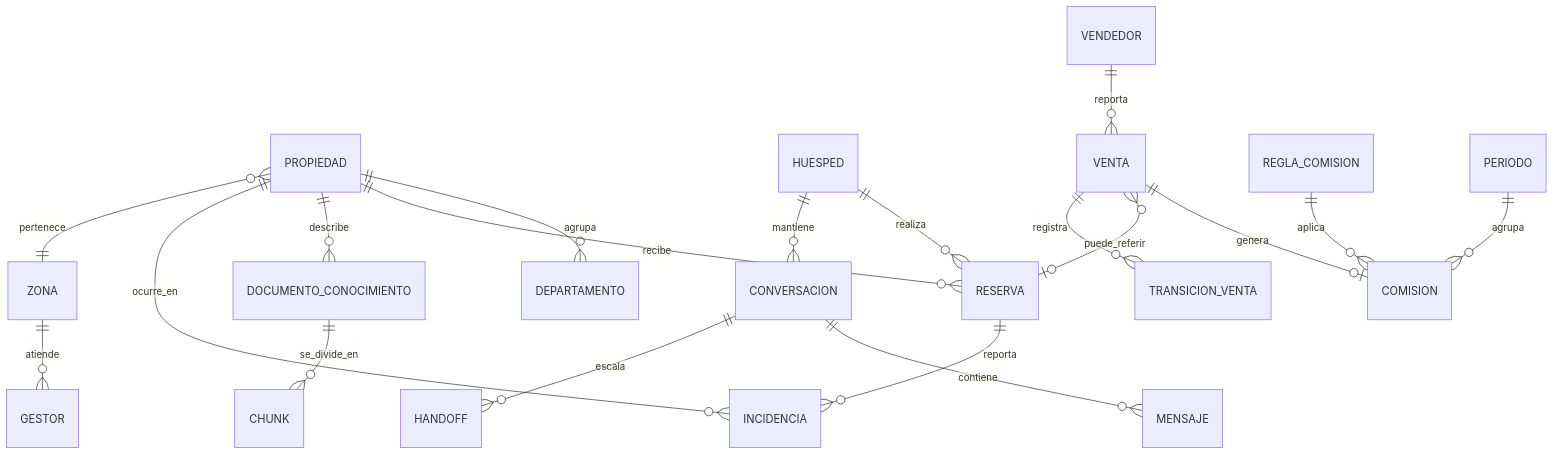
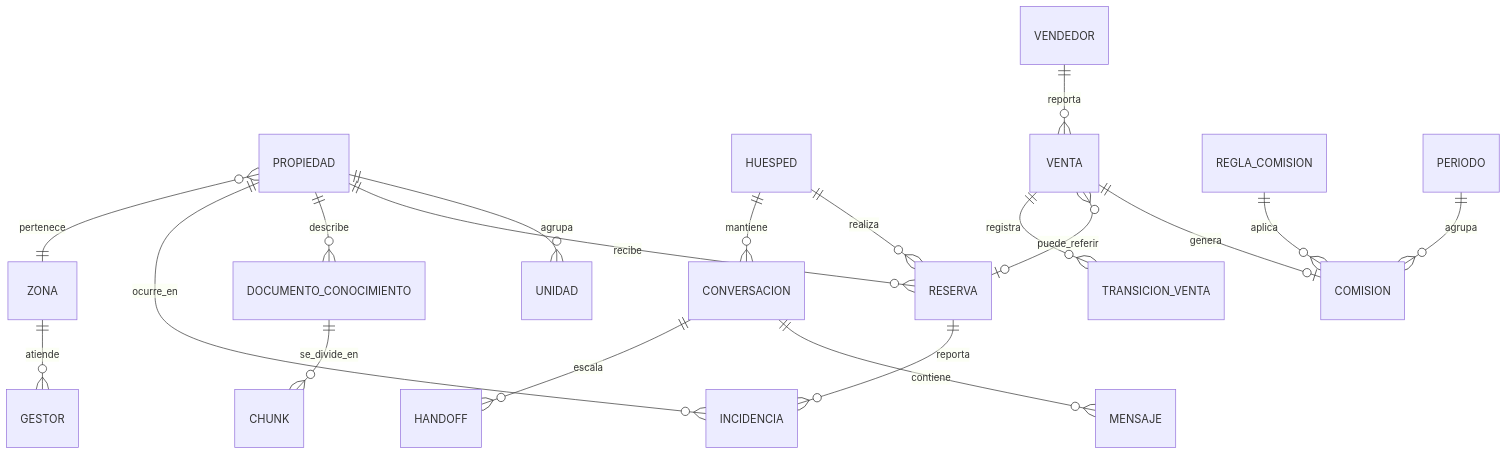
Before and after one commit to jucaprosi/Asistencia: the fifth of 5 diagrams in docs/PRD.md, drawn with Mermaid. The commit also changed other lines of this file and 56 other files, not shown here.

````diff
--- a/docs/PRD.md
+++ b/docs/PRD.md
@@ -479,21 +488,21 @@
 ```mermaid
 erDiagram
-    PROPIEDAD ||--o{ DEPARTAMENTO : agrupa
+    PROPIEDAD ||--o{ UNIDAD : agrupa
     PROPIEDAD ||--o{ RESERVA : recibe
     PROPIEDAD ||--o{ DOCUMENTO_CONOCIMIENTO : describe
     PROPIEDAD ||--o{ INCIDENCIA : ocurre_en
     PROPIEDAD }o--|| ZONA : pertenece
     ZONA ||--o{ GESTOR : atiende
     HUESPED ||--o{ RESERVA : realiza
     HUESPED ||--o{ CONVERSACION : mantiene
     CONVERSACION ||--o{ MENSAJE : contiene
     CONVERSACION ||--o{ HANDOFF : escala
     RESERVA ||--o{ INCIDENCIA : reporta
     VENDEDOR ||--o{ VENTA : reporta
     VENTA ||--o| COMISION : genera
     VENTA }o--o| RESERVA : puede_referir
     VENTA ||--o{ TRANSICION_VENTA : registra
     REGLA_COMISION ||--o{ COMISION : aplica
     PERIODO ||--o{ COMISION : agrupa
     DOCUMENTO_CONOCIMIENTO ||--o{ CHUNK : se_divide_en
 ```
````
